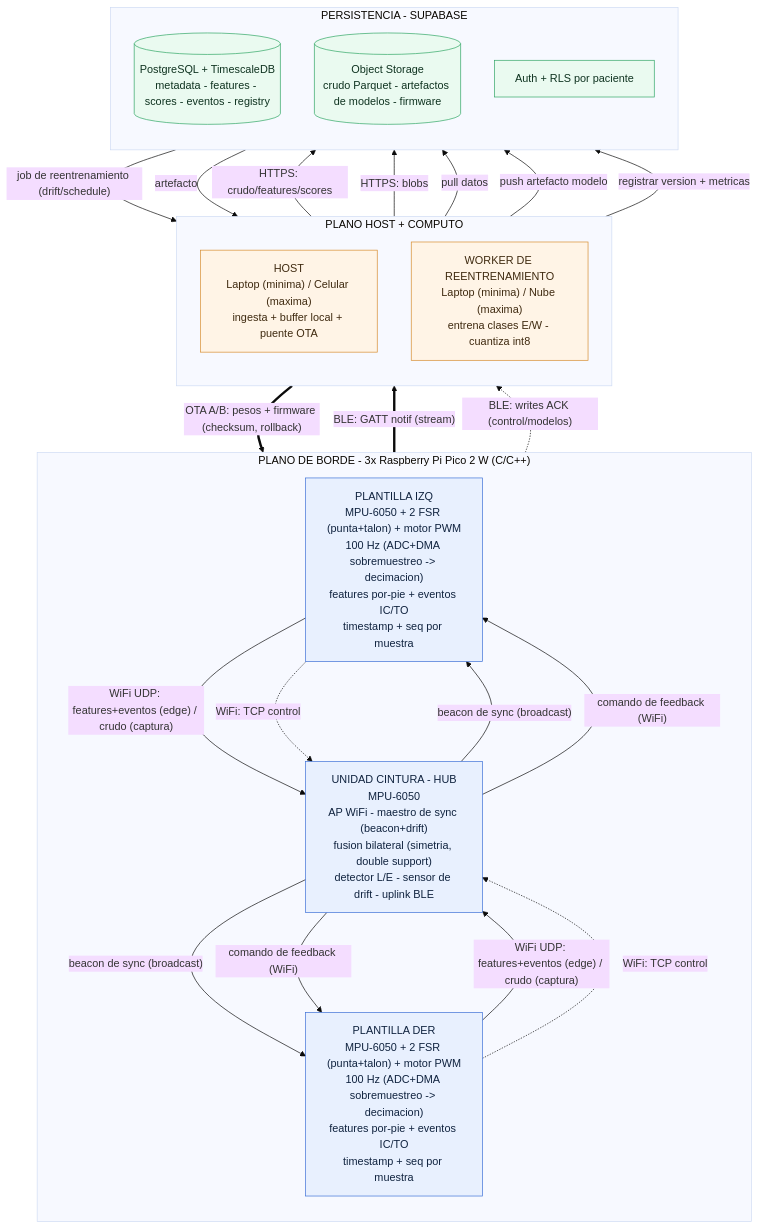
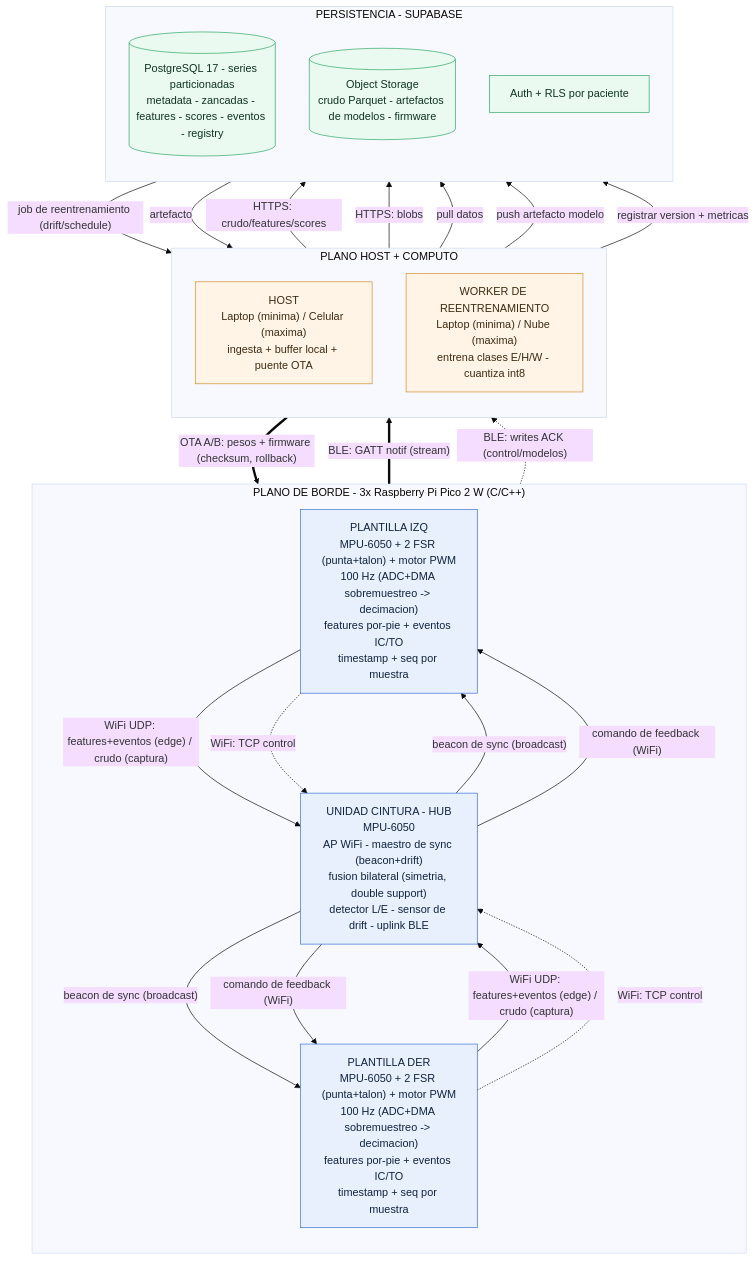
The diagram in docs/arquitectura/diagrama_arquitectura.mermaid (juanbag25/Tesis_Gramaglia_Azcueta), drawn with Mermaid (base theme) before and after one commit. The commit also changed 17 other files, not shown here.

```diff
--- a/docs/arquitectura/diagrama_arquitectura.mermaid
+++ b/docs/arquitectura/diagrama_arquitectura.mermaid
@@ -1,60 +1,60 @@
 %% Arquitectura del sistema de plantillas inteligentes bilaterales (post-ACV)
 %% Topologia + flujos de datos, feedback, sincronizacion y despliegue de modelos
 flowchart TB
 
     subgraph BORDE["PLANO DE BORDE - 3x Raspberry Pi Pico 2 W (C/C++)"]
         direction TB
         PI["PLANTILLA IZQ<br/>MPU-6050 + 2 FSR (punta+talon) + motor PWM<br/>100 Hz (ADC+DMA sobremuestreo -> decimacion)<br/>features por-pie + eventos IC/TO<br/>timestamp + seq por muestra"]
         PD["PLANTILLA DER<br/>MPU-6050 + 2 FSR (punta+talon) + motor PWM<br/>100 Hz (ADC+DMA sobremuestreo -> decimacion)<br/>features por-pie + eventos IC/TO<br/>timestamp + seq por muestra"]
         CI["UNIDAD CINTURA - HUB<br/>MPU-6050<br/>AP WiFi - maestro de sync (beacon+drift)<br/>fusion bilateral (simetria, double support)<br/>detector L/E - sensor de drift - uplink BLE"]
     end
 
     subgraph HOST["PLANO HOST + COMPUTO"]
         direction TB
         LT["HOST<br/>Laptop (minima) / Celular (maxima)<br/>ingesta + buffer local + puente OTA"]
-        WK["WORKER DE REENTRENAMIENTO<br/>Laptop (minima) / Nube (maxima)<br/>entrena clases E/W - cuantiza int8"]
+        WK["WORKER DE REENTRENAMIENTO<br/>Laptop (minima) / Nube (maxima)<br/>entrena clases E/H/W - cuantiza int8"]
     end
 
     subgraph CLOUD["PERSISTENCIA - SUPABASE"]
         direction TB
-        DB[("PostgreSQL + TimescaleDB<br/>metadata - features - scores - eventos - registry")]
+        DB[("PostgreSQL 17 - series particionadas<br/>metadata - zancadas - features - scores - eventos - registry")]
         OBJ[("Object Storage<br/>crudo Parquet - artefactos de modelos - firmware")]
         AUTH["Auth + RLS por paciente"]
     end
 
     %% Flujos de sensado (plantillas -> cintura) por WiFi
     PI -->|"WiFi UDP: features+eventos (edge) / crudo (captura)"| CI
     PD -->|"WiFi UDP: features+eventos (edge) / crudo (captura)"| CI
     PI -.->|"WiFi: TCP control"| CI
     PD -.->|"WiFi: TCP control"| CI
 
     %% Sincronizacion
     CI -->|"beacon de sync (broadcast)"| PI
     CI -->|"beacon de sync (broadcast)"| PD
 
     %% Feedback vibrotactil (cintura -> plantillas)
     CI -->|"comando de feedback (WiFi)"| PI
     CI -->|"comando de feedback (WiFi)"| PD
 
     %% Uplink cintura -> host (BLE)
     CI ==>|"BLE: GATT notif (stream)"| LT
     CI -.->|"BLE: writes ACK (control/modelos)"| LT
 
     %% Host -> persistencia
     LT -->|"HTTPS: crudo/features/scores"| DB
     LT -->|"HTTPS: blobs"| OBJ
 
     %% Ciclo de modelos
     WK -->|"pull datos"| DB
     WK -->|"push artefacto modelo"| OBJ
     WK -->|"registrar version + metricas"| DB
     DB -->|"job de reentrenamiento (drift/schedule)"| WK
     OBJ -->|"artefacto"| LT
     LT ==>|"OTA A/B: pesos + firmware (checksum, rollback)"| CI
 
     classDef micro fill:#e8f0fe,stroke:#3b6fd6,stroke-width:1px,color:#10233f;
     classDef host fill:#fff4e6,stroke:#d68b2c,stroke-width:1px,color:#3f2a10;
     classDef cloud fill:#eafaf0,stroke:#2fa564,stroke-width:1px,color:#0f3320;
     class PI,PD,CI micro;
     class LT,WK host;
     class DB,OBJ,AUTH cloud;
```
